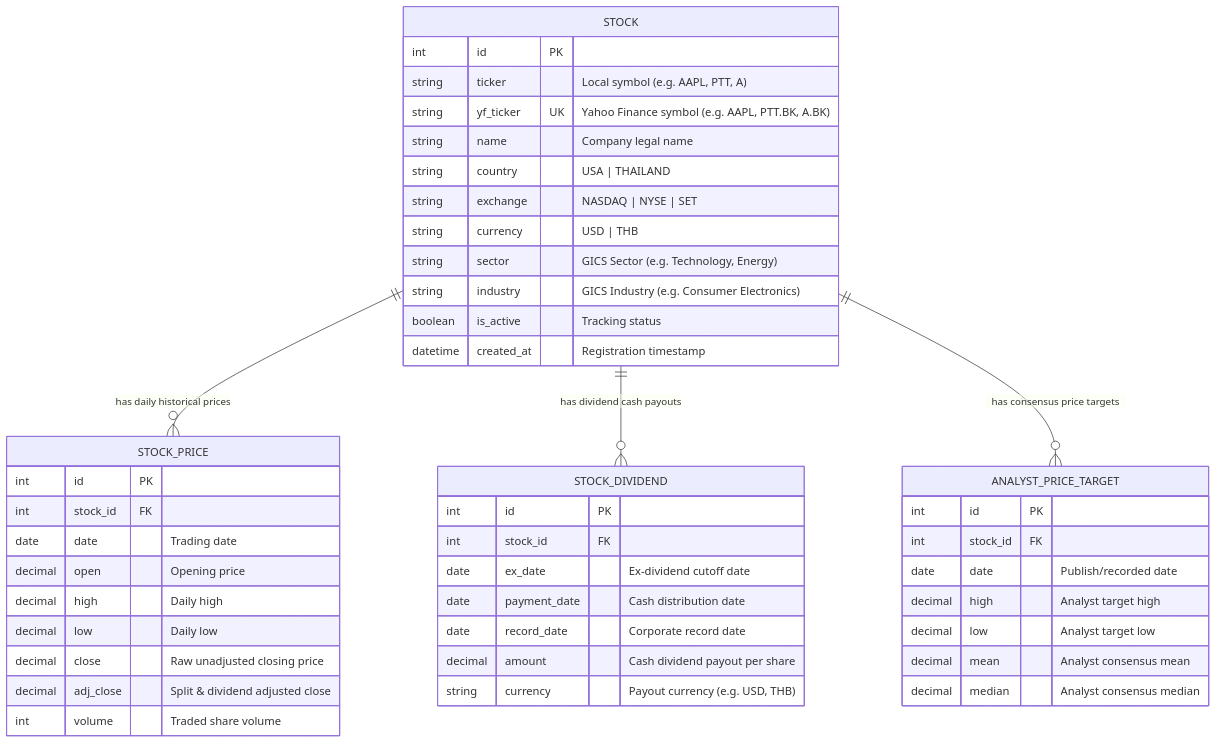
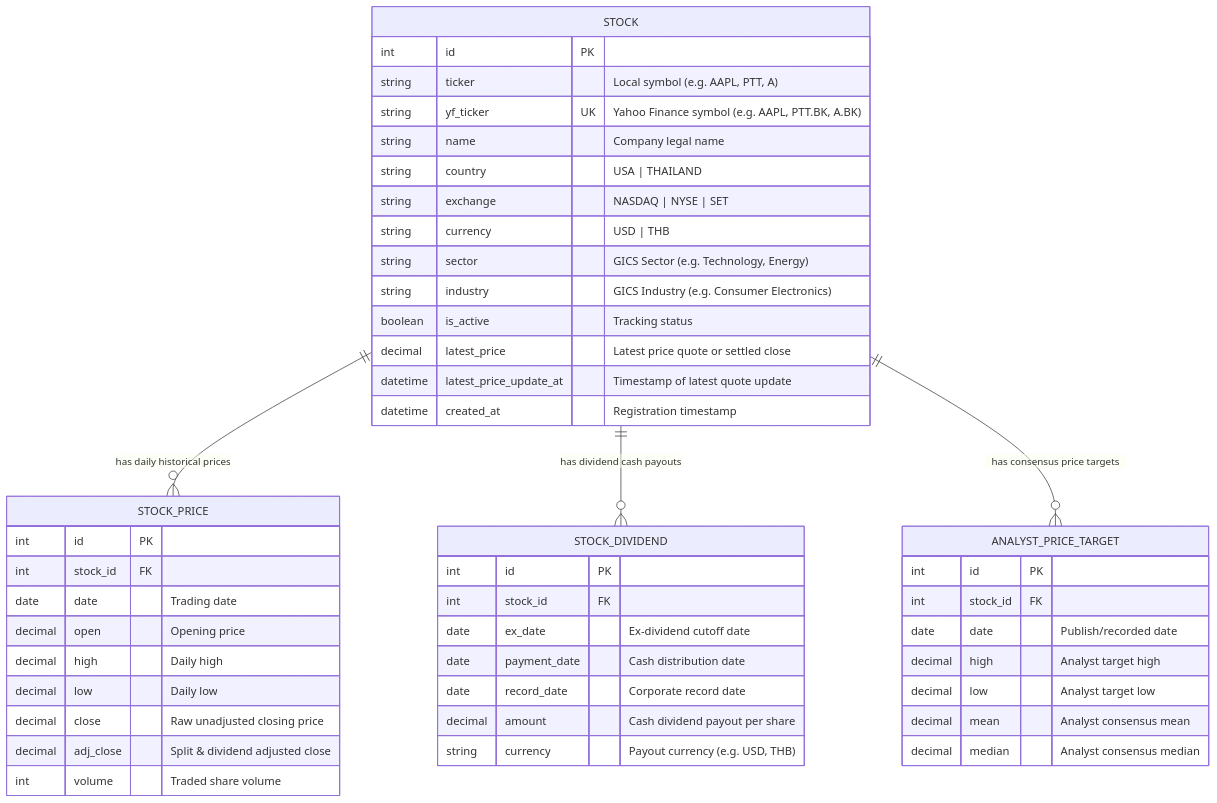
The diagram in docs/DATABASE_DESIGN.md (tame0001/goose), drawn with Mermaid before and after one commit. The commit also changed other lines of this file and 12 other files, not shown here.

````diff
--- a/docs/DATABASE_DESIGN.md
+++ b/docs/DATABASE_DESIGN.md
@@ -18,52 +20,54 @@
 ```mermaid
 erDiagram
     STOCK ||--o{ STOCK_PRICE : "has daily historical prices"
     STOCK ||--o{ STOCK_DIVIDEND : "has dividend cash payouts"
     STOCK ||--o{ ANALYST_PRICE_TARGET : "has consensus price targets"
 
     STOCK {
         int id PK
         string ticker "Local symbol (e.g. AAPL, PTT, A)"
         string yf_ticker UK "Yahoo Finance symbol (e.g. AAPL, PTT.BK, A.BK)"
         string name "Company legal name"
         string country "USA | THAILAND"
         string exchange "NASDAQ | NYSE | SET"
         string currency "USD | THB"
         string sector "GICS Sector (e.g. Technology, Energy)"
         string industry "GICS Industry (e.g. Consumer Electronics)"
         boolean is_active "Tracking status"
+        decimal latest_price "Latest price quote or settled close"
+        datetime latest_price_update_at "Timestamp of latest quote update"
         datetime created_at "Registration timestamp"
     }
 
     STOCK_PRICE {
         int id PK
         int stock_id FK
         date date "Trading date"
         decimal open "Opening price"
         decimal high "Daily high"
         decimal low "Daily low"
         decimal close "Raw unadjusted closing price"
         decimal adj_close "Split & dividend adjusted close"
         int volume "Traded share volume"
     }
 
     STOCK_DIVIDEND {
         int id PK
         int stock_id FK
         date ex_date "Ex-dividend cutoff date"
         date payment_date "Cash distribution date"
         date record_date "Corporate record date"
         decimal amount "Cash dividend payout per share"
         string currency "Payout currency (e.g. USD, THB)"
     }
 
     ANALYST_PRICE_TARGET {
         int id PK
         int stock_id FK
         date date "Publish/recorded date"
         decimal high "Analyst target high"
         decimal low "Analyst target low"
         decimal mean "Analyst consensus mean"
         decimal median "Analyst consensus median"
     }
 ```
````
